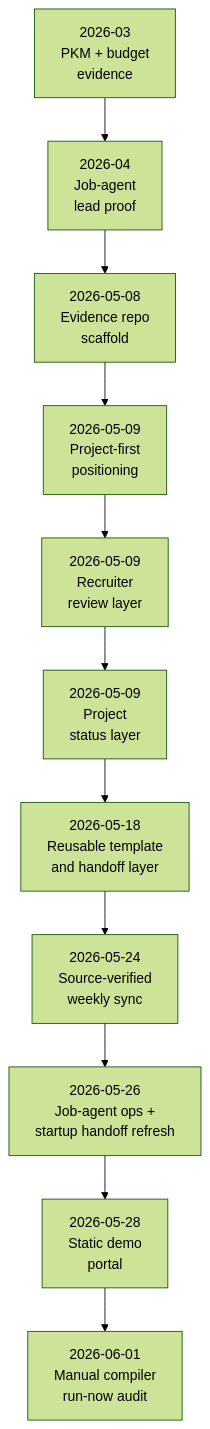
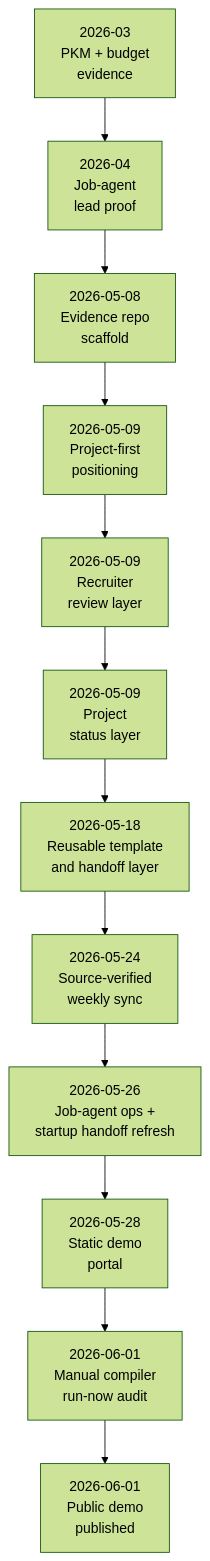
The diagram in PROJECT_TIMELINE.md (marcus-uden-dev/ai-native-proof-of-work), drawn with Mermaid (forest theme) before and after one commit. The commit also changed other lines of this file and 21 other files, not shown here.

````diff
--- a/PROJECT_TIMELINE.md
+++ b/PROJECT_TIMELINE.md
@@ -14,16 +14,17 @@
 ```mermaid
 flowchart TD
     M1["2026-03<br/>PKM + budget<br/>evidence"]
     M2["2026-04<br/>Job-agent<br/>lead proof"]
     M3["2026-05-08<br/>Evidence repo<br/>scaffold"]
     M4["2026-05-09<br/>Project-first<br/>positioning"]
     M5["2026-05-09<br/>Recruiter<br/>review layer"]
     M6["2026-05-09<br/>Project<br/>status layer"]
     M7["2026-05-18<br/>Reusable template<br/>and handoff layer"]
     M8["2026-05-24<br/>Source-verified<br/>weekly sync"]
     M9["2026-05-26<br/>Job-agent ops +<br/>startup handoff refresh"]
     M10["2026-05-28<br/>Static demo<br/>portal"]
     M11["2026-06-01<br/>Manual compiler<br/>run-now audit"]
+    M12["2026-06-01<br/>Public demo<br/>published"]
 
-    M1 --> M2 --> M3 --> M4 --> M5 --> M6 --> M7 --> M8 --> M9 --> M10 --> M11
+    M1 --> M2 --> M3 --> M4 --> M5 --> M6 --> M7 --> M8 --> M9 --> M10 --> M11 --> M12
 ```
````
